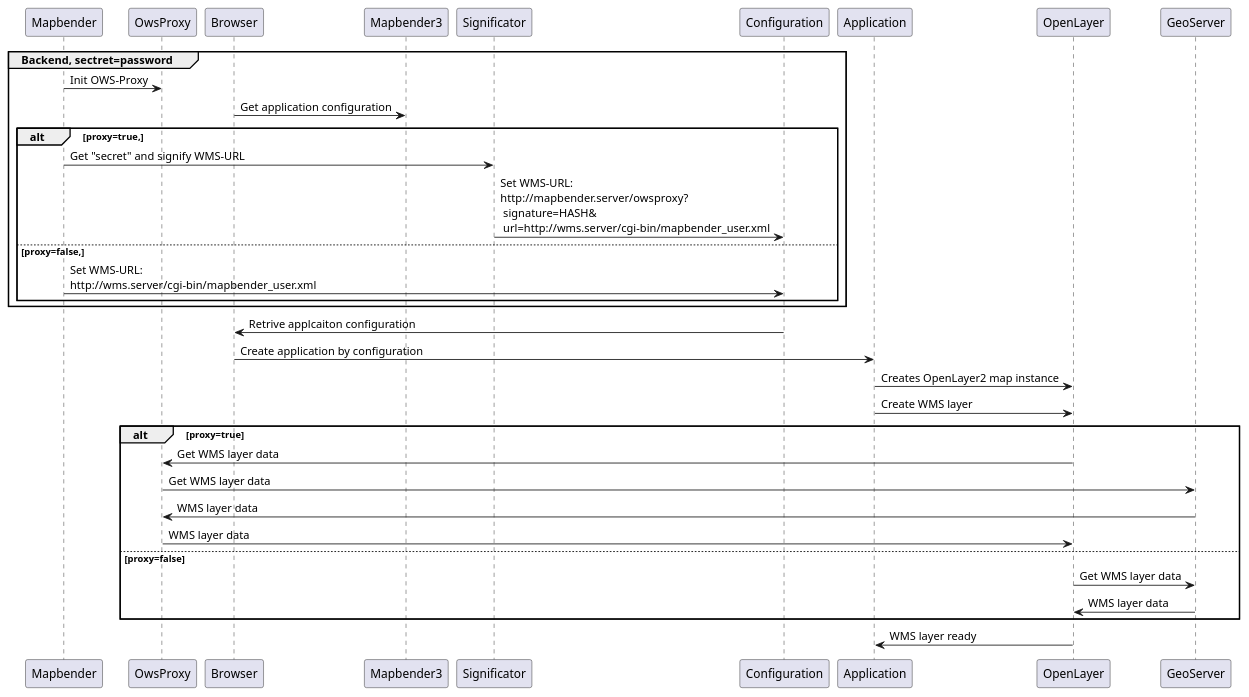
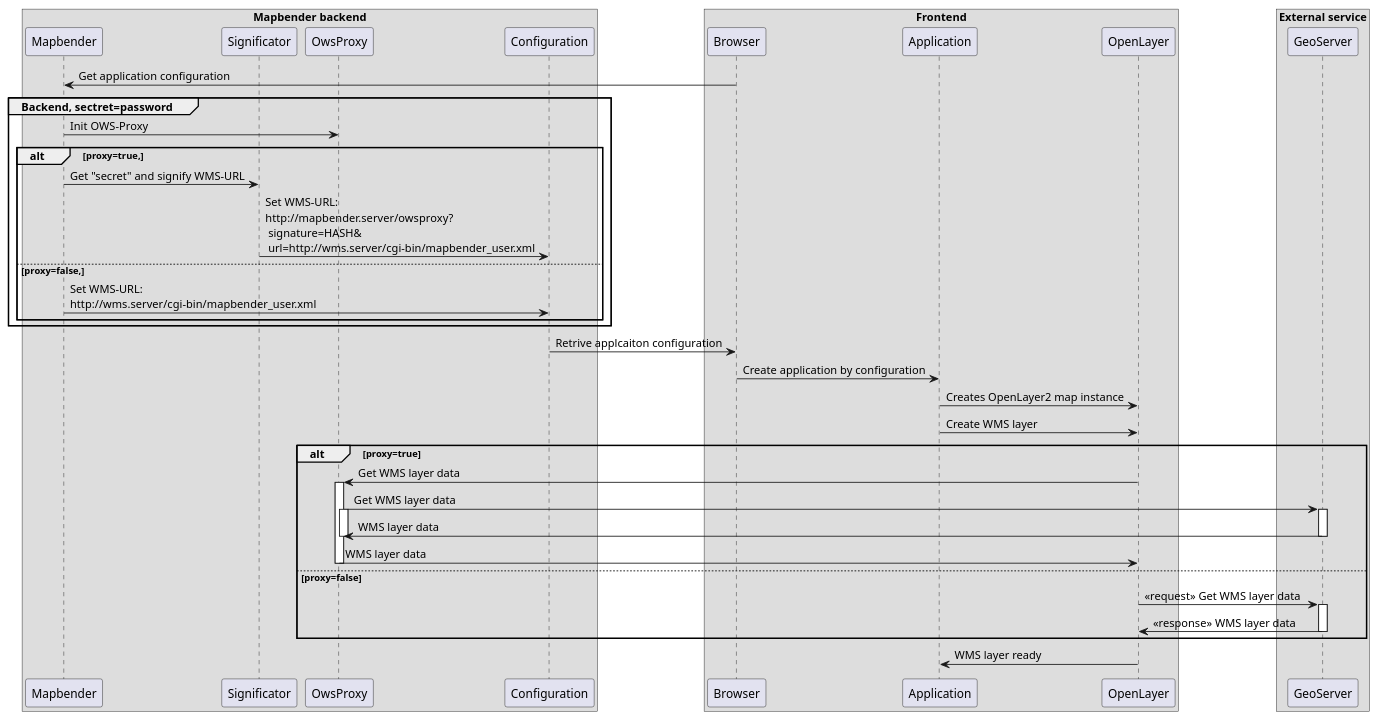
The diagram in src/OwsProxy3/CoreBundle/Documentation/communication.puml (mapbender/owsproxy3), drawn with PlantUML before and after one commit.

Commit message:
Improve communication.puml diagramm

```diff
--- a/src/OwsProxy3/CoreBundle/Documentation/communication.puml
+++ b/src/OwsProxy3/CoreBundle/Documentation/communication.puml
@@ -1,31 +1,59 @@
 @startuml
 
+
+box "Mapbender backend"
+	participant Mapbender
+	participant Significator
+	participant OwsProxy
+	participant Configuration
+end box
+
+box "Frontend"
+	participant Browser
+	participant Application
+	participant OpenLayer
+end box
+
+box "External service"
+	participant GeoServer
+end box
+  Browser -> Mapbender: Get application configuration
+
 group Backend, sectret=password
-Mapbender -> OwsProxy: Init OWS-Proxy
-
-Browser -> Mapbender3: Get application configuration
+  Mapbender -> OwsProxy: Init OWS-Proxy
   alt proxy=true,
     Mapbender -> Significator: Get "secret" and signify WMS-URL
     Significator -> Configuration: Set WMS-URL:\nhttp://mapbender.server/owsproxy?\n signature=HASH&\n url=http://wms.server/cgi-bin/mapbender_user.xml
   else proxy=false,
     Mapbender -> Configuration: Set WMS-URL:\nhttp://wms.server/cgi-bin/mapbender_user.xml
   end
 end
 Configuration -> Browser: Retrive applcaiton configuration
 
 Browser -> Application: Create application by configuration
 Application -> OpenLayer:  Creates OpenLayer2 map instance
 Application -> OpenLayer: Create WMS layer
 
 alt proxy=true
-OpenLayer -> OwsProxy: Get WMS layer data
-OwsProxy -> GeoServer: Get WMS layer data
-GeoServer -> OwsProxy: WMS layer data
-OwsProxy -> OpenLayer: WMS layer data
+
+  OpenLayer -> OwsProxy: Get WMS layer data
+  activate OwsProxy
+    OwsProxy -> GeoServer: Get WMS layer data
+    activate OwsProxy
+      activate GeoServer
+        GeoServer -> OwsProxy: WMS layer data
+      deactivate GeoServer
+    deactivate OwsProxy
+    OwsProxy -> OpenLayer: WMS layer data
+  deactivate OwsProxy
 
 else proxy=false
-OpenLayer -> GeoServer: Get WMS layer data
-GeoServer -> OpenLayer: WMS layer data
+  OpenLayer -> GeoServer: <<request>> Get WMS layer data
+  activate GeoServer
+    GeoServer -> OpenLayer: <<response>> WMS layer data
+  deactivate GeoServer
 end
 OpenLayer -> Application:  WMS layer ready
+
+
 @enduml
```
